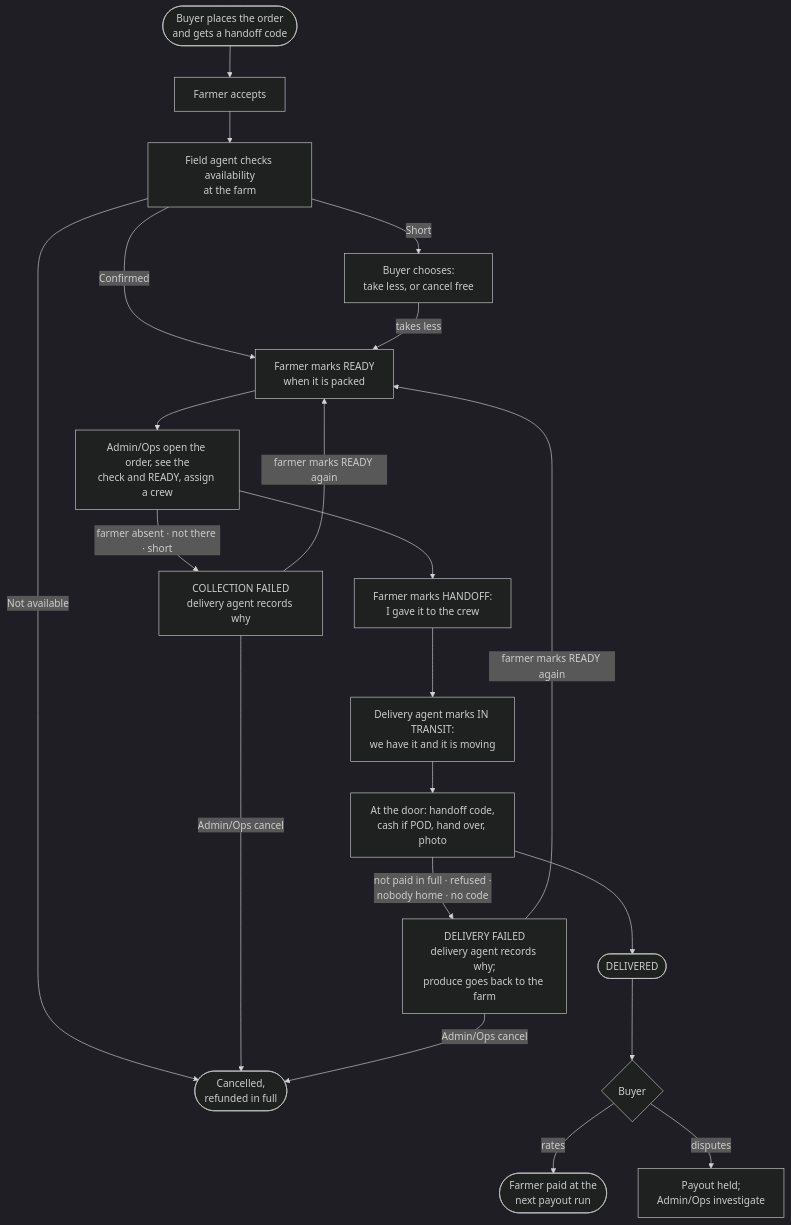
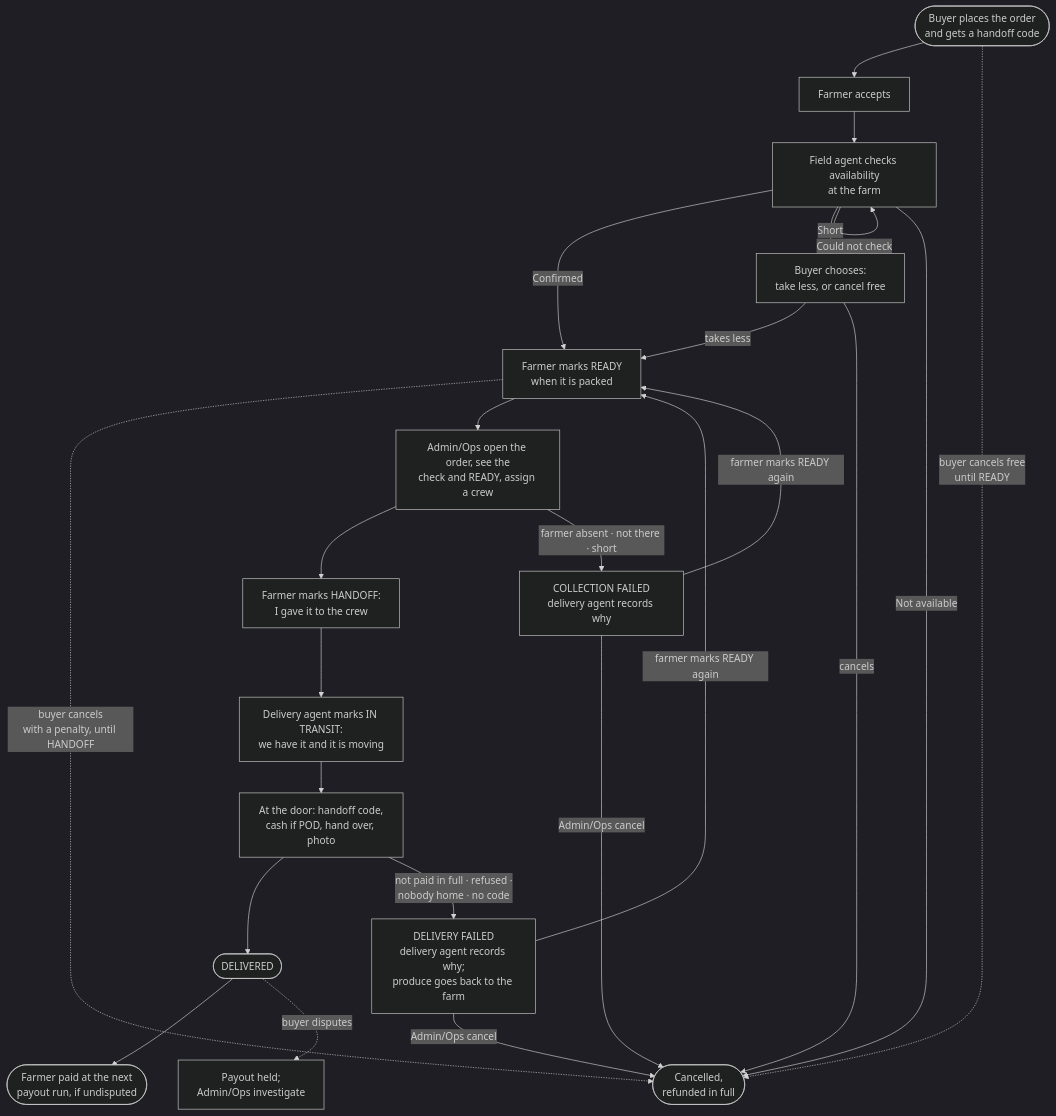
One commit to cropdoor/cropdoor-almanac changed the first of 2 diagrams in docs/domain/order-delivery-flow-v2.md. Above: the diagram before and after it, drawn with Mermaid (dark theme). The commit also changed other lines of this file and 4 other files, not shown here.

First line of the commit message:
docs(domain): audit pass — pages agree with the decided flow

````diff
--- a/docs/domain/order-delivery-flow-v2.md
+++ b/docs/domain/order-delivery-flow-v2.md
@@ -7,23 +7,26 @@
 ```mermaid
 flowchart TD
     A([Buyer places the order<br/>and gets a handoff code]) --> B[Farmer accepts]
     B --> C[Field agent checks availability<br/>at the farm]
     C -->|Confirmed| D[Farmer marks READY<br/>when it is packed]
+    C -->|Could not check| C
     C -->|Short| C1[Buyer chooses:<br/>take less, or cancel free]
     C1 -->|takes less| D
+    C1 -->|cancels| C2
     C -->|Not available| C2([Cancelled,<br/>refunded in full])
+    A -.->|buyer cancels free<br/>until READY| C2
+    D -.->|buyer cancels<br/>with a penalty, until HANDOFF| C2
     D --> E[Admin/Ops open the order, see the<br/>check and READY, assign a crew]
     E --> F[Farmer marks HANDOFF:<br/>I gave it to the crew]
     E -->|farmer absent · not there · short| CF[COLLECTION FAILED<br/>delivery agent records why]
     CF -->|farmer marks READY again| D
     CF -->|Admin/Ops cancel| C2
     F --> G[Delivery agent marks IN TRANSIT:<br/>we have it and it is moving]
     G --> H[At the door: handoff code,<br/>cash if POD, hand over, photo]
     H --> I([DELIVERED])
     H -->|not paid in full · refused ·<br/>nobody home · no code| DF[DELIVERY FAILED<br/>delivery agent records why;<br/>produce goes back to the farm]
     DF -->|farmer marks READY again| D
     DF -->|Admin/Ops cancel| C2
-    I --> J{Buyer}
-    J -->|rates| L([Farmer paid at the<br/>next payout run])
-    J -->|disputes| K[Payout held;<br/>Admin/Ops investigate]
+    I --> L([Farmer paid at the next<br/>payout run, if undisputed])
+    I -.->|buyer disputes| K[Payout held;<br/>Admin/Ops investigate]
 ```
````
